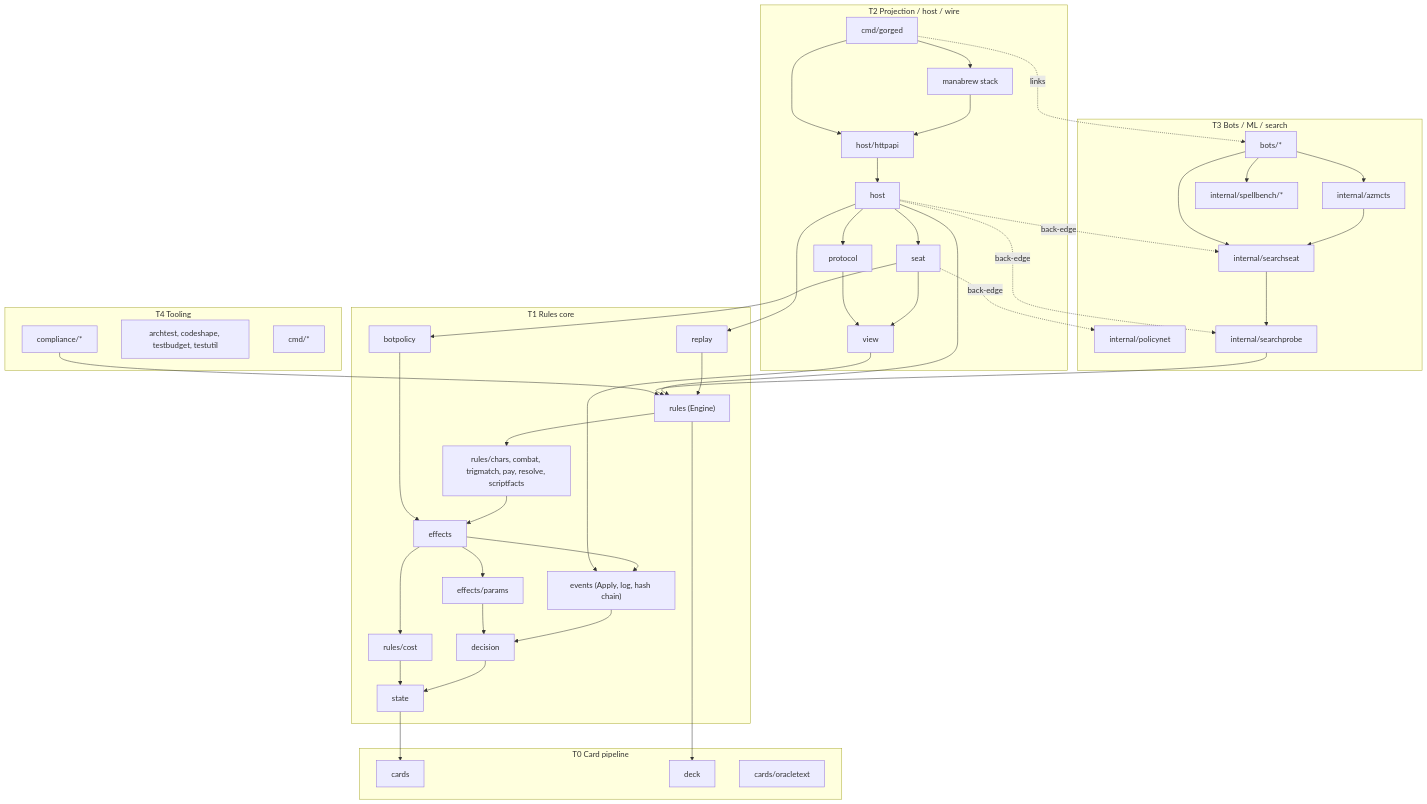
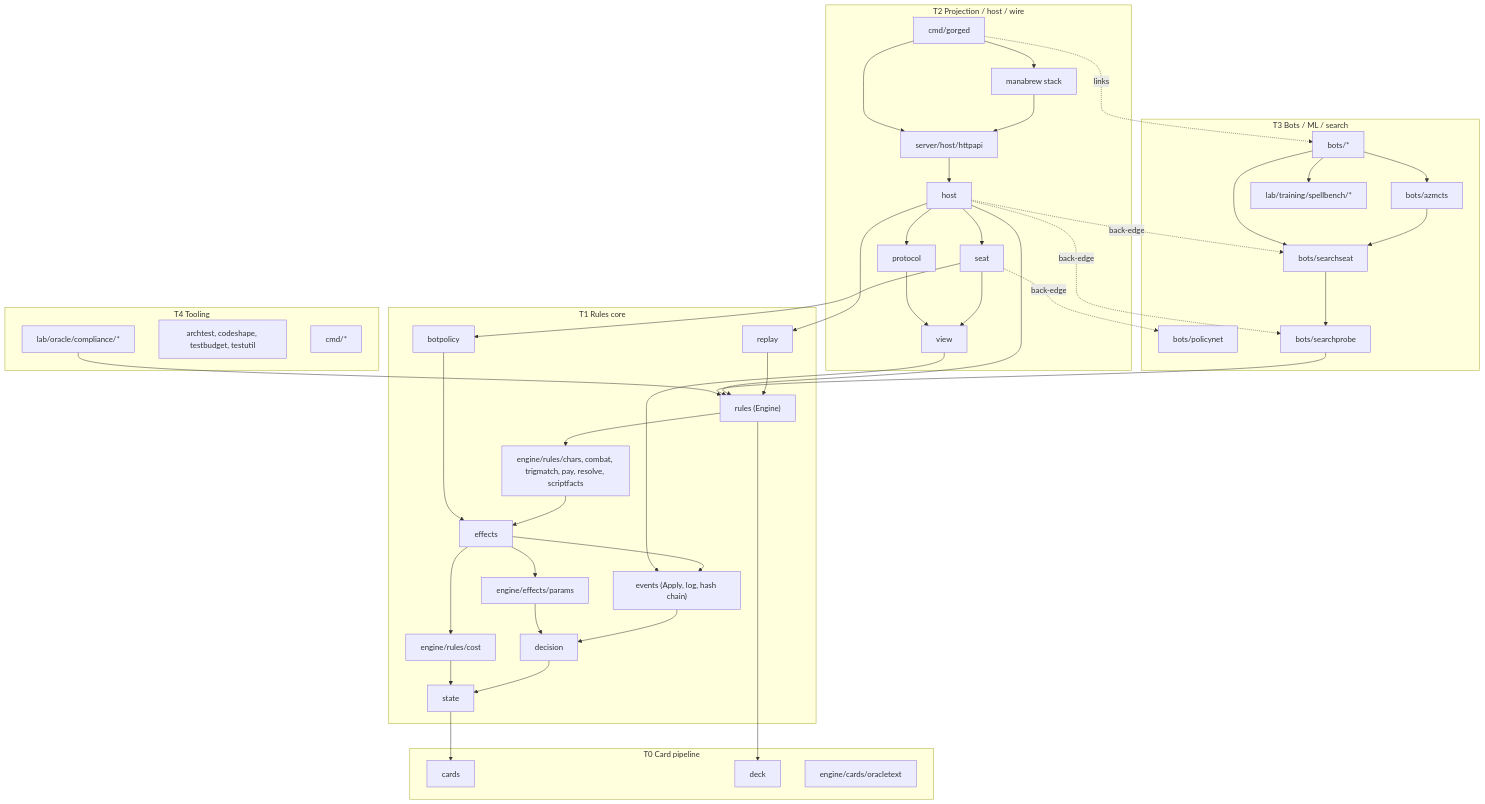
Before and after one commit to WillWroble/gorge: the diagram in docs/site/architecture/overview.md, drawn with Mermaid. The commit also changed other lines of this file and 14126 other files, not shown here.

First line of the commit message:
restructure: engine/ server/ bots/ lab/ layout (mechanical, ops/restructure/restructure.py)

````diff
--- a/docs/site/architecture/overview.md
+++ b/docs/site/architecture/overview.md
@@ -37,56 +37,56 @@
 ```mermaid
 flowchart TB
   subgraph T0["T0 Card pipeline"]
     cards["cards"]
     deck["deck"]
-    oracletext["cards/oracletext"]
+    oracletext["engine/cards/oracletext"]
   end
   subgraph T1["T1 Rules core"]
     state["state"] --> cards
     decision["decision"] --> state
     events["events (Apply, log, hash chain)"] --> decision
-    params["effects/params"] --> decision
-    cost["rules/cost"] --> state
+    params["engine/effects/params"] --> decision
+    cost["engine/rules/cost"] --> state
     effects["effects"] --> events
     effects --> cost
     effects --> params
-    sub["rules/chars, combat, trigmatch, pay, resolve, scriptfacts"] --> effects
+    sub["engine/rules/chars, combat, trigmatch, pay, resolve, scriptfacts"] --> effects
     rules["rules (Engine)"] --> sub
     rules --> deck
     replay["replay"] --> rules
     botpolicy["botpolicy"] --> effects
   end
   subgraph T2["T2 Projection / host / wire"]
     view["view"] --> events
     seat["seat"] --> view
     seat --> botpolicy
     protocol["protocol"] --> view
     host["host"] --> rules
     host --> seat
     host --> replay
     host --> protocol
-    httpapi["host/httpapi"] --> host
+    httpapi["server/host/httpapi"] --> host
     mb["manabrew stack"] --> httpapi
     gorged["cmd/gorged"] --> httpapi
     gorged --> mb
   end
   subgraph T3["T3 Bots / ML / search"]
-    policynet["internal/policynet"]
-    searchprobe["internal/searchprobe"] --> rules
-    searchseat["internal/searchseat"] --> searchprobe
-    azmcts["internal/azmcts"] --> searchseat
-    sbx["internal/spellbench/*"]
+    policynet["bots/policynet"]
+    searchprobe["bots/searchprobe"] --> rules
+    searchseat["bots/searchseat"] --> searchprobe
+    azmcts["bots/azmcts"] --> searchseat
+    sbx["lab/training/spellbench/*"]
     bots["bots/*"] --> searchseat
     bots --> sbx
     bots --> azmcts
   end
   subgraph T4["T4 Tooling"]
-    compliance["compliance/*"] --> rules
+    compliance["lab/oracle/compliance/*"] --> rules
     archtest["archtest, codeshape, testbudget, testutil"]
     cmds["cmd/*"]
   end
   seat -. back-edge .-> policynet
   host -. back-edge .-> searchseat
   host -. back-edge .-> searchprobe
   gorged -. links .-> bots
 ```
````
